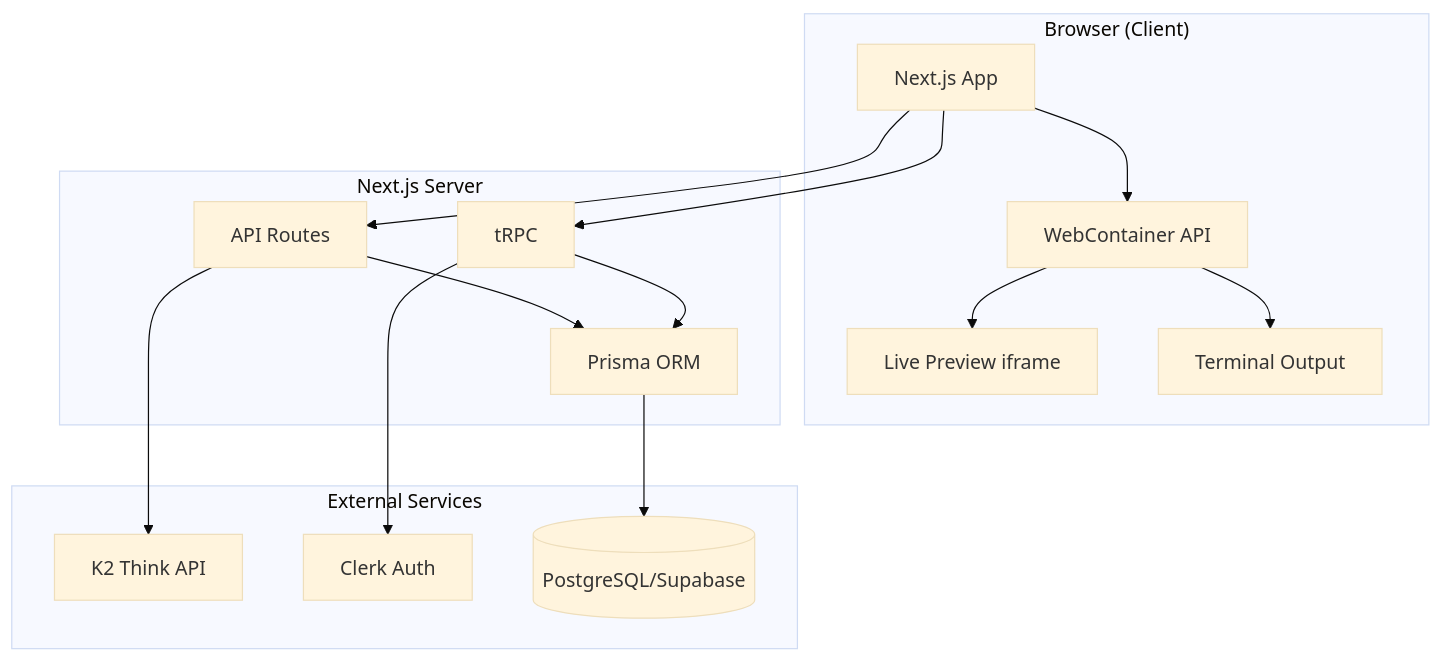
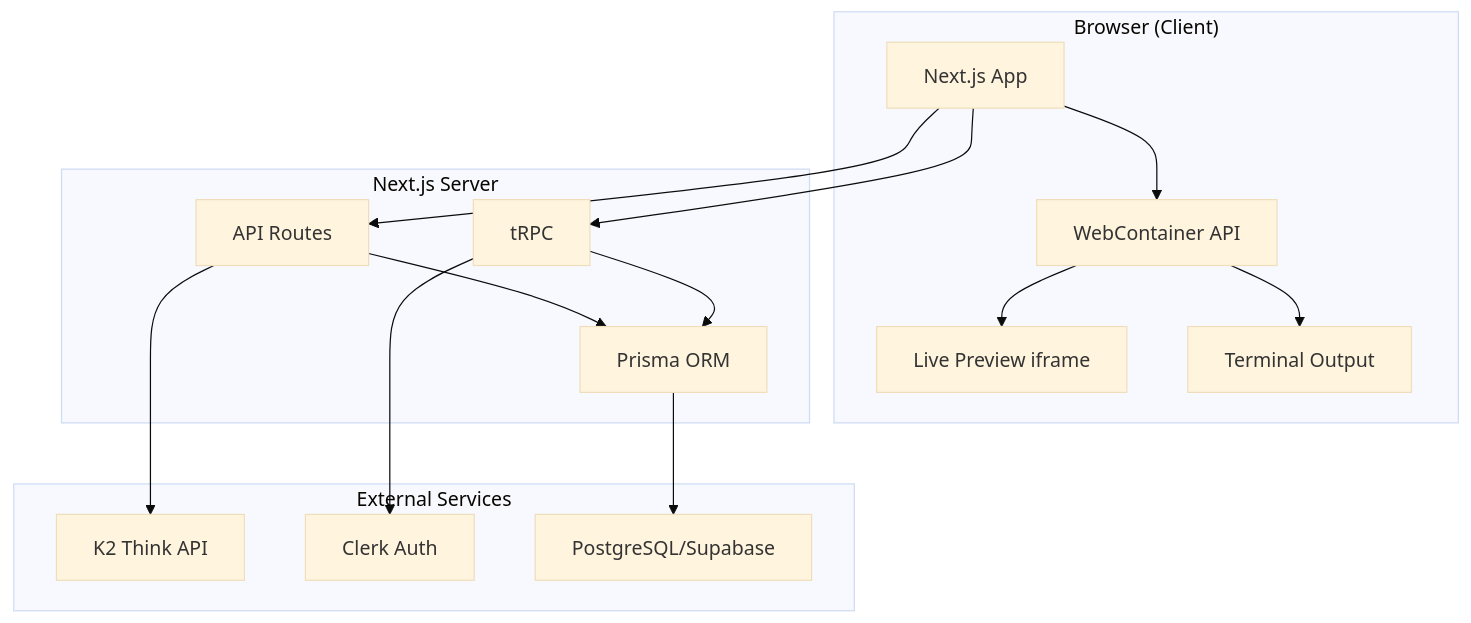
Before and after one commit to hatif03/k2-vibe: the first of 4 diagrams in README.md, drawn with Mermaid (base theme). The commit also changed other lines of this file, not shown here.

````diff
--- a/README.md
+++ b/README.md
@@ -33,34 +33,34 @@
 ```mermaid
 flowchart TB
     subgraph Client["Browser (Client)"]
-        UI[Next.js App]
-        WC[WebContainer API]
-        Preview[Live Preview iframe]
-        Terminal[Terminal Output]
+        UI["Next.js App"]
+        WC["WebContainer API"]
+        Preview["Live Preview iframe"]
+        Terminal["Terminal Output"]
         
         UI --> WC
         WC --> Preview
         WC --> Terminal
     end
     
     subgraph Server["Next.js Server"]
-        API[API Routes]
-        tRPC[tRPC]
-        Prisma[Prisma ORM]
+        API["API Routes"]
+        tRPC["tRPC"]
+        Prisma["Prisma ORM"]
         
         API --> Prisma
         tRPC --> Prisma
     end
     
     subgraph External["External Services"]
-        K2[K2 Think API]
-        Clerk[Clerk Auth]
-        DB[(PostgreSQL/Supabase)]
+        K2["K2 Think API"]
+        Clerk["Clerk Auth"]
+        DB["PostgreSQL/Supabase"]
     end
     
     UI --> API
     UI --> tRPC
     API --> K2
     tRPC --> Clerk
     Prisma --> DB
 ```
````
